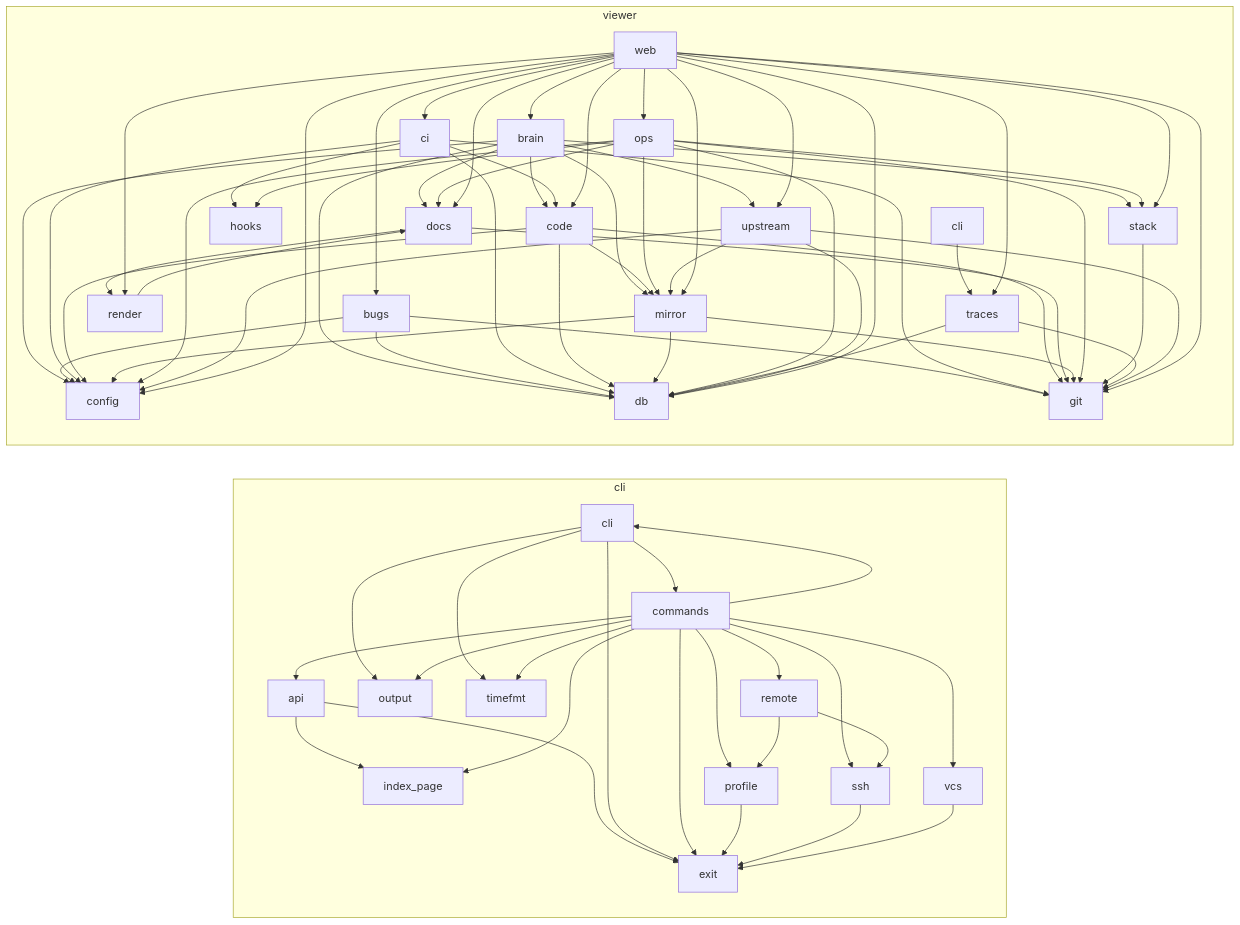
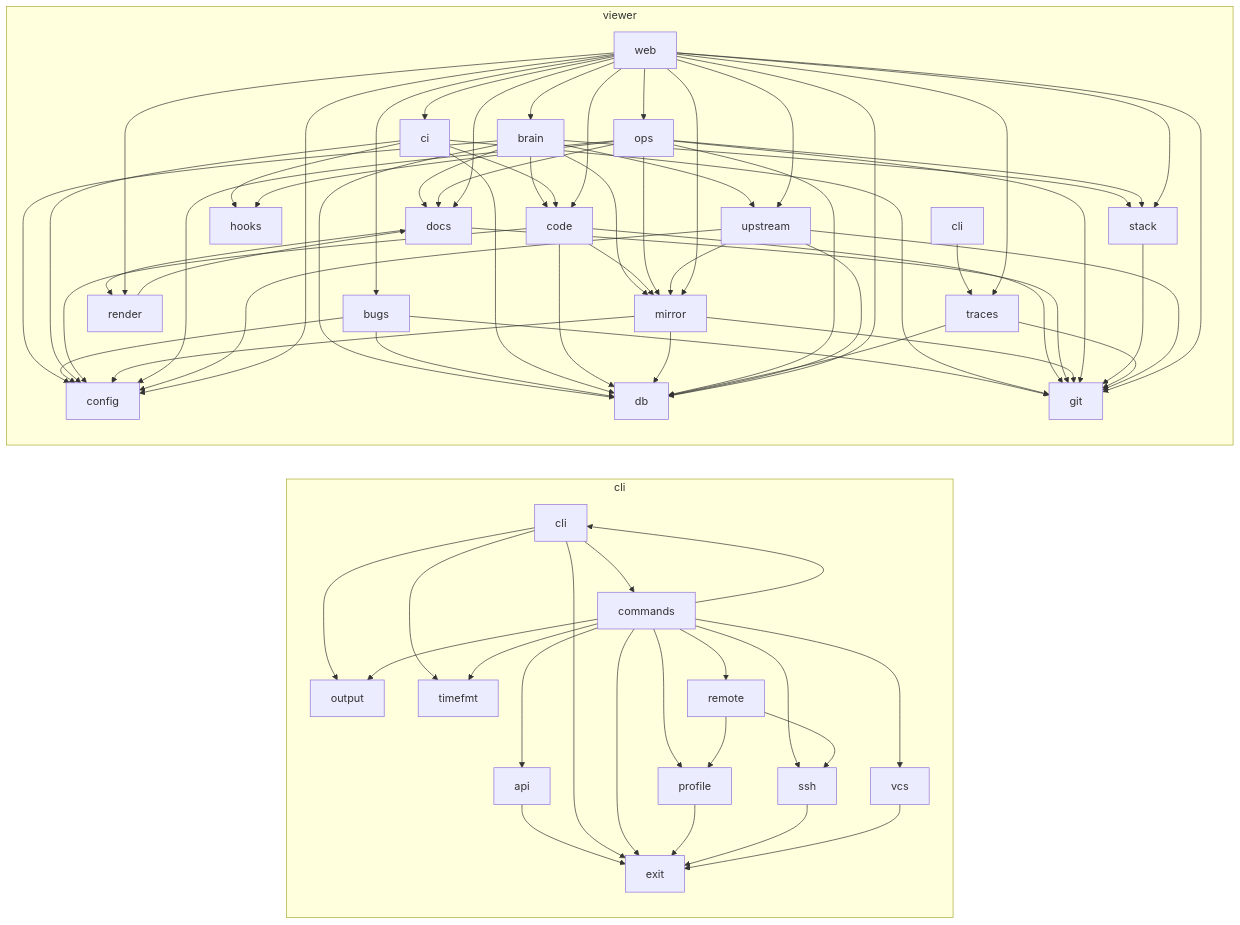
Before and after one commit to matthiasdebernardini/nashcode: the second of 2 diagrams in ARCHITECTURE.md, drawn with Mermaid. The commit also changed 10 other files, not shown here.

First line of the commit message:
cli+viewer: move dgit's index-page parser into its own crate

```diff
--- a/ARCHITECTURE.md
+++ b/ARCHITECTURE.md
@@ -44,7 +44,6 @@
     cli_cli[cli]
     cli_commands[commands]
     cli_exit[exit]
-    cli_index_page[index_page]
     cli_output[output]
     cli_profile[profile]
     cli_remote[remote]
@@ -53,7 +52,6 @@
     cli_vcs[vcs]
   end
   cli_api --> cli_exit
-  cli_api --> cli_index_page
   cli_cli --> cli_commands
   cli_cli --> cli_exit
   cli_cli --> cli_output
@@ -61,7 +59,6 @@
   cli_commands --> cli_api
   cli_commands --> cli_cli
   cli_commands --> cli_exit
-  cli_commands --> cli_index_page
   cli_commands --> cli_output
   cli_commands --> cli_profile
   cli_commands --> cli_remote
```
